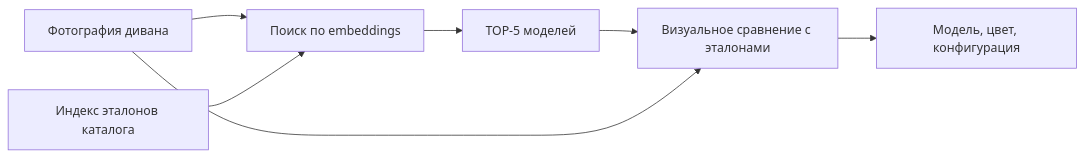
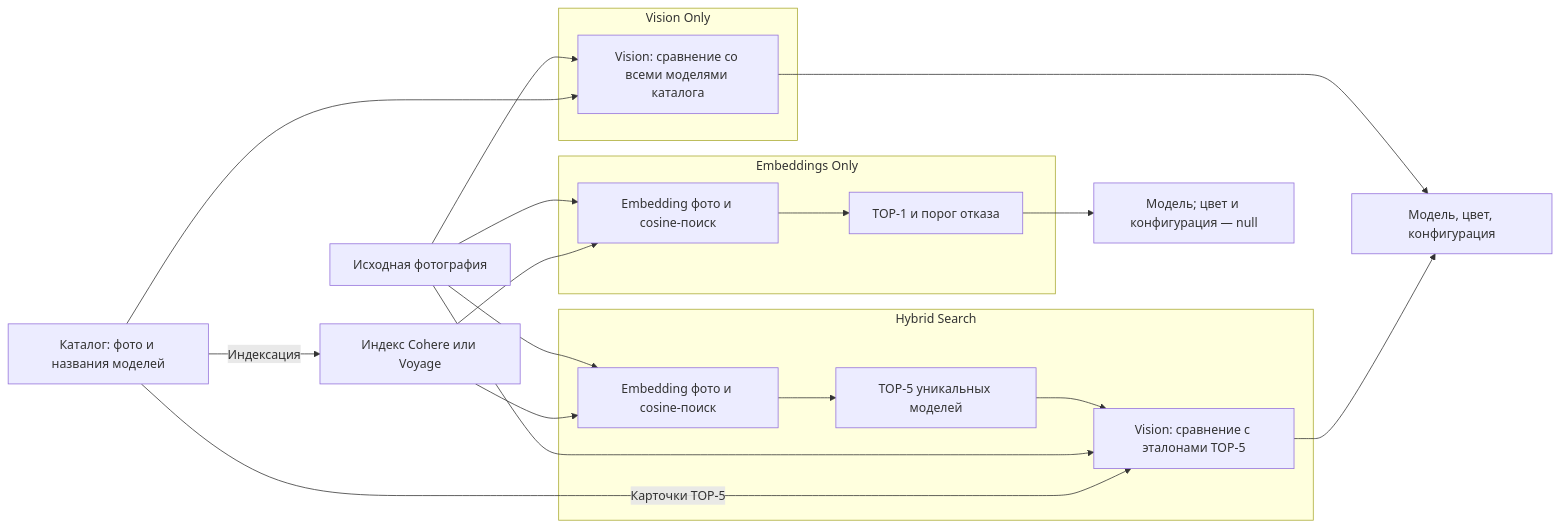
Before and after one commit to partizan-code/sofa-recognition: the diagram in README.md, drawn with Mermaid. The commit also changed other lines of this file and 5 other files, not shown here.

````diff
--- a/README.md
+++ b/README.md
@@ -18,9 +19,26 @@
 ```mermaid
 flowchart LR
-    A[Фотография дивана] --> B[Поиск по embeddings]
-    C[Индекс эталонов каталога] --> B
-    B --> D[TOP-5 моделей]
-    D --> E[Визуальное сравнение с эталонами]
-    A --> E
-    E --> F[Модель, цвет, конфигурация]
+    A[Исходная фотография]
+    C[Каталог: фото и названия моделей] -->|Индексация| I[Индекс Cohere или Voyage]
+    subgraph V[Vision Only]
+        V1[Vision: сравнение со всеми моделями каталога]
+    end
+    subgraph E[Embeddings Only]
+        E1[Embedding фото и cosine-поиск] --> E2[TOP-1 и порог отказа]
+    end
+    subgraph H[Hybrid Search]
+        H1[Embedding фото и cosine-поиск] --> H2[TOP-5 уникальных моделей]
+        H2 --> H3[Vision: сравнение с эталонами TOP-5]
+    end
+    A --> V1
+    C --> V1
+    A --> E1
+    I --> E1
+    A --> H1
+    I --> H1
+    A --> H3
+    C -->|Карточки TOP-5| H3
+    V1 --> R[Модель, цвет, конфигурация]
+    H3 --> R
+    E2 --> N[Модель; цвет и конфигурация — null]
 ```
````
